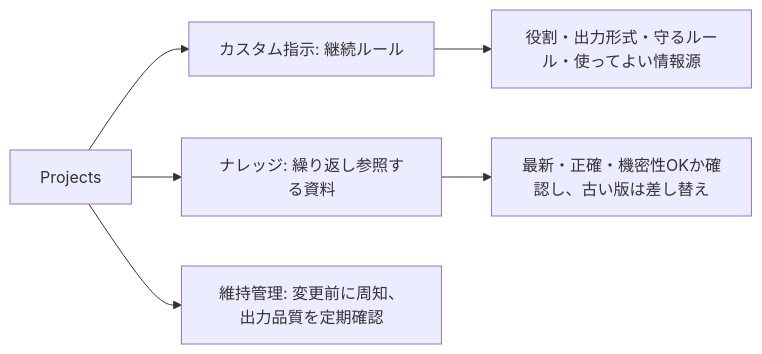
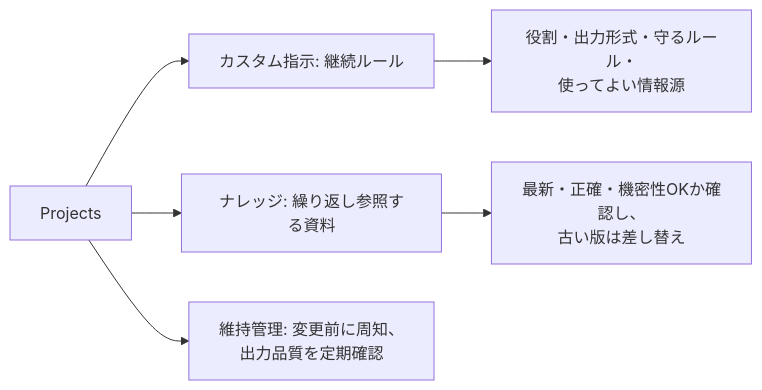
One commit to shingo0321/study changed the sixth of 8 diagrams in claude/associate-foundations/overview.md. Above: the diagram before and after it, drawn with Mermaid. The commit also changed other lines of this file and 5 other files, not shown here.

First line of the commit message:
Mermaid俯瞰図を横スクロールなしで表示できるよう調整

````diff
--- a/claude/associate-foundations/overview.md
+++ b/claude/associate-foundations/overview.md
@@ -154,8 +154,8 @@
 ```mermaid
 flowchart LR
   PJ["Projects"] --> CI["カスタム指示: 継続ルール"]
   PJ --> KN["ナレッジ: 繰り返し参照する資料"]
-  CI --> CI2["役割・出力形式・守るルール・使ってよい情報源"]
-  KN --> KN2["最新・正確・機密性OKか確認し、古い版は差し替え"]
-  PJ --> MT["維持管理: 変更前に周知、出力品質を定期確認"]
+  CI --> CI2["役割・出力形式・守るルール・<br/>使ってよい情報源"]
+  KN --> KN2["最新・正確・機密性OKか確認し、<br/>古い版は差し替え"]
+  PJ --> MT["維持管理: 変更前に周知、<br/>出力品質を定期確認"]
 ```
````
